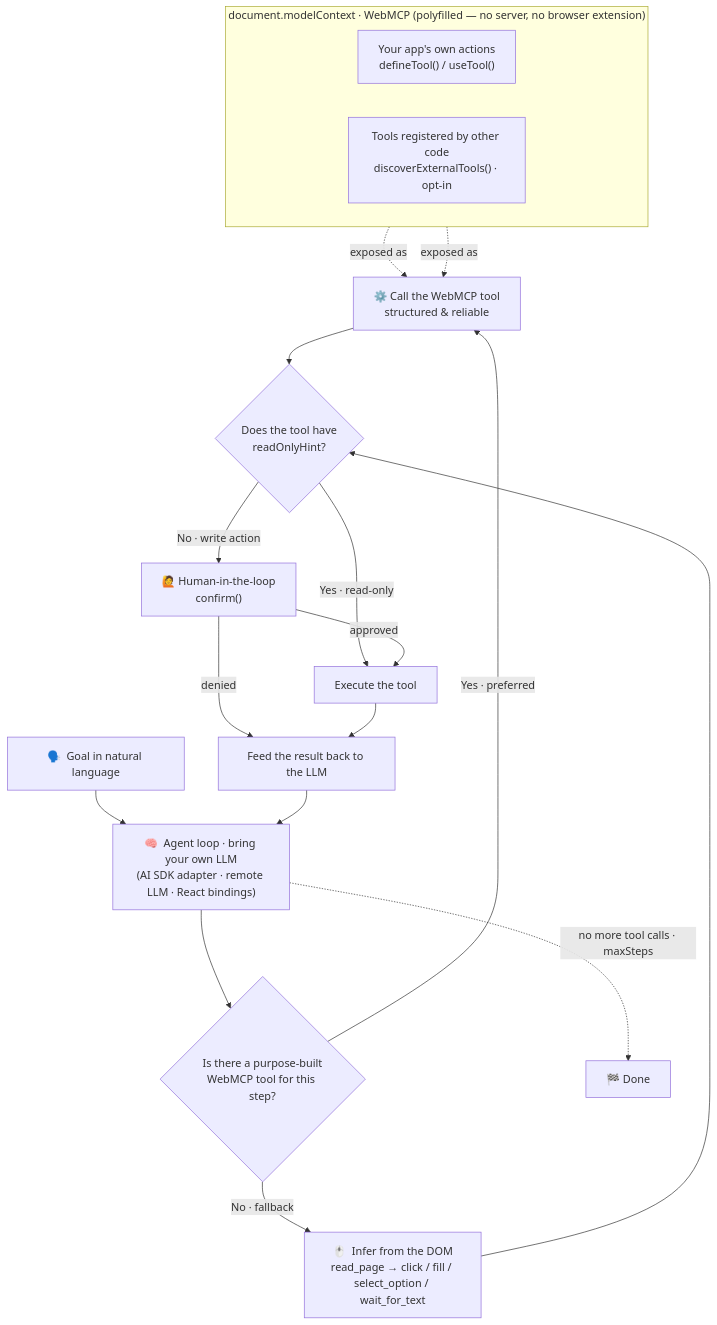
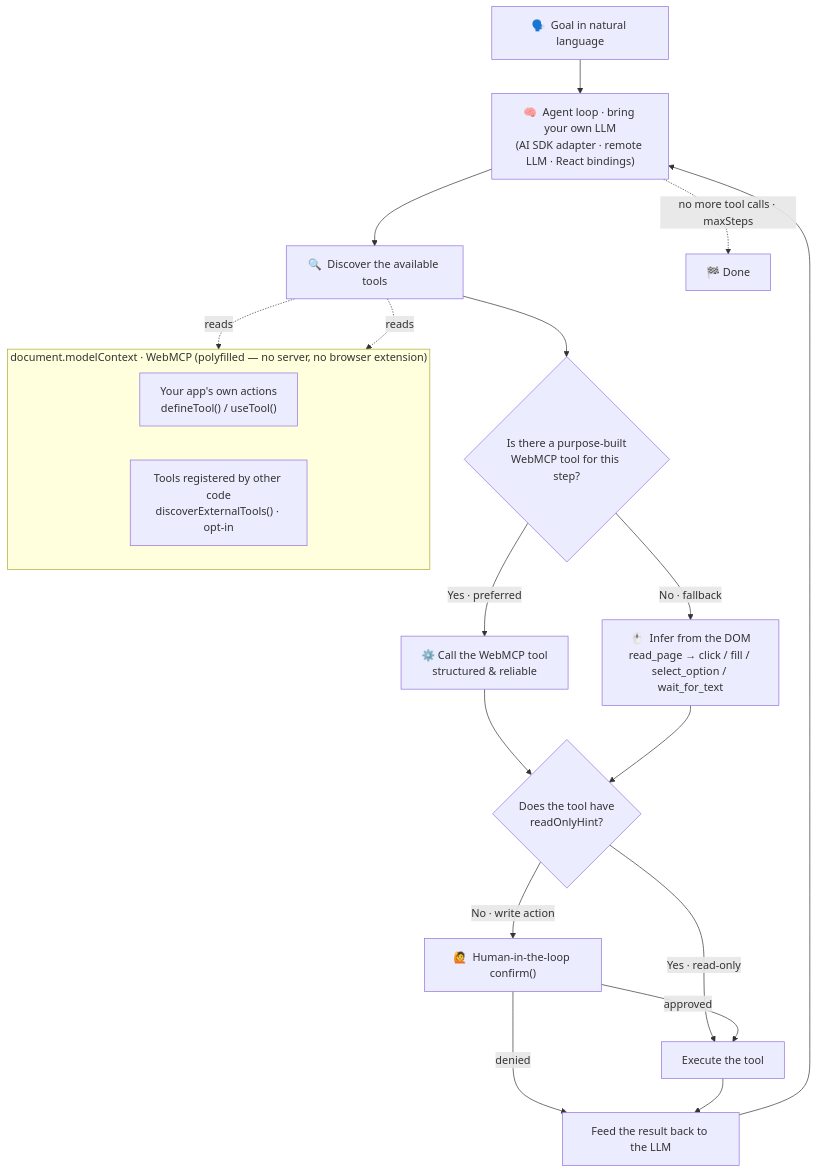
One commit to aralroca/gui-agent changed the diagram in README.md. Above: the diagram before and after it, drawn with Mermaid. The commit also changed other lines of this file, not shown here.

Commit message:
docs: add table of contents, page-agent comparison, and make Goal the diagram root

````diff
--- a/README.md
+++ b/README.md
@@ -86,35 +104,25 @@
 ```mermaid
 flowchart TD
-    Goal["🗣️  Goal in natural language"]
-    Loop["🧠  Agent loop · bring your own LLM<br/>(AI SDK adapter · remote LLM · React bindings)"]
-    Decide{"Is there a purpose-built<br/>WebMCP tool for this step?"}
-    WebMCP["⚙️  Call the WebMCP tool<br/>structured &amp; reliable"]
-    DOM["🖱️  Infer from the DOM<br/>read_page → click / fill / select_option / wait_for_text"]
-    Gate{"Does the tool have<br/>readOnlyHint?"}
-    Confirm["🙋  Human-in-the-loop<br/>confirm()"]
-    Run["Execute the tool"]
-    Feed["Feed the result back to the LLM"]
-    Done["🏁  Done"]
-
-    Goal --> Loop
-    Loop --> Decide
-    Decide -- "Yes · preferred" --> WebMCP
-    Decide -- "No · fallback" --> DOM
-    WebMCP --> Gate
+    Goal["🗣️  Goal in natural language"] --> Loop["🧠  Agent loop · bring your own LLM<br/>(AI SDK adapter · remote LLM · React bindings)"]
+    Loop --> Discover["🔍  Discover the available tools"]
+    Discover --> Decide{"Is there a purpose-built<br/>WebMCP tool for this step?"}
+    Decide -- "Yes · preferred" --> WebMCP["⚙️  Call the WebMCP tool<br/>structured &amp; reliable"]
+    Decide -- "No · fallback" --> DOM["🖱️  Infer from the DOM<br/>read_page → click / fill / select_option / wait_for_text"]
+    WebMCP --> Gate{"Does the tool have<br/>readOnlyHint?"}
     DOM --> Gate
-    Gate -- "No · write action" --> Confirm
-    Gate -- "Yes · read-only" --> Run
+    Gate -- "No · write action" --> Confirm["🙋  Human-in-the-loop confirm()"]
+    Gate -- "Yes · read-only" --> Run["Execute the tool"]
     Confirm -- "approved" --> Run
     Confirm -- "denied" --> Feed
-    Run --> Feed
+    Run --> Feed["Feed the result back to the LLM"]
     Feed --> Loop
-    Loop -. "no more tool calls · maxSteps" .-> Done
+    Loop -. "no more tool calls · maxSteps" .-> Done["🏁  Done"]
 
     subgraph MC["document.modelContext · WebMCP (polyfilled — no server, no browser extension)"]
       direction LR
       App["Your app's own actions<br/>defineTool() / useTool()"]
       Ext["Tools registered by other code<br/>discoverExternalTools() · opt-in"]
     end
-    App -. exposed as .-> WebMCP
-    Ext -. exposed as .-> WebMCP
+    Discover -. reads .-> App
+    Discover -. reads .-> Ext
 ```
````
